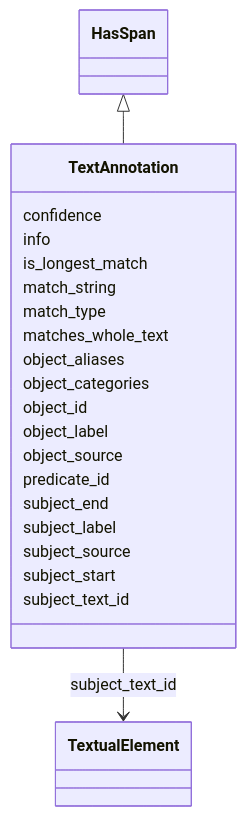
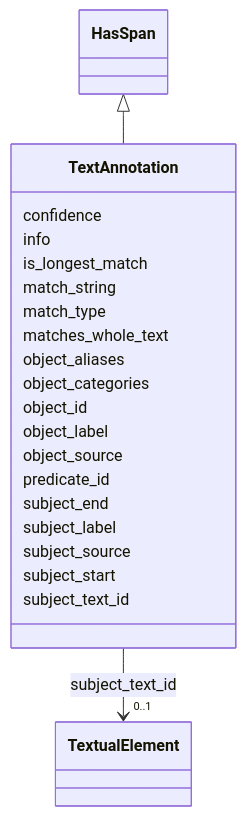
One commit to INCATools/ontology-access-kit changed the diagram in text-annotator/TextAnnotation.md. Above: the diagram before and after it, drawn with Mermaid. The commit also changed other lines of this file and 3329 other files, not shown here.

````diff
--- a/text-annotator/TextAnnotation.md
+++ b/text-annotator/TextAnnotation.md
@@ -17,43 +19,50 @@
 ```{mermaid}
  classDiagram
     class TextAnnotation
+    click TextAnnotation href "../TextAnnotation"
       HasSpan <|-- TextAnnotation
+        click HasSpan href "../HasSpan"
       
       TextAnnotation : confidence
         
       TextAnnotation : info
         
       TextAnnotation : is_longest_match
         
       TextAnnotation : match_string
         
       TextAnnotation : match_type
         
       TextAnnotation : matches_whole_text
         
       TextAnnotation : object_aliases
         
       TextAnnotation : object_categories
         
       TextAnnotation : object_id
         
       TextAnnotation : object_label
         
       TextAnnotation : object_source
         
       TextAnnotation : predicate_id
         
       TextAnnotation : subject_end
         
       TextAnnotation : subject_label
         
       TextAnnotation : subject_source
         
       TextAnnotation : subject_start
         
       TextAnnotation : subject_text_id
         
-          TextAnnotation --> TextualElement : subject_text_id
+          
+    
+    
+    TextAnnotation --> "0..1" TextualElement : subject_text_id
+    click TextualElement href "../TextualElement"
+
         
       
 ```
````
